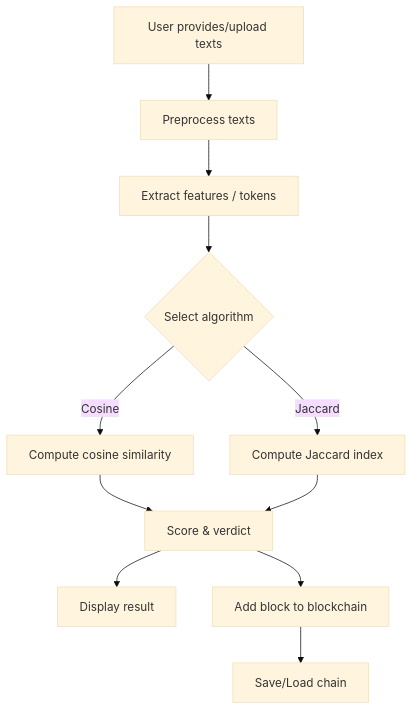
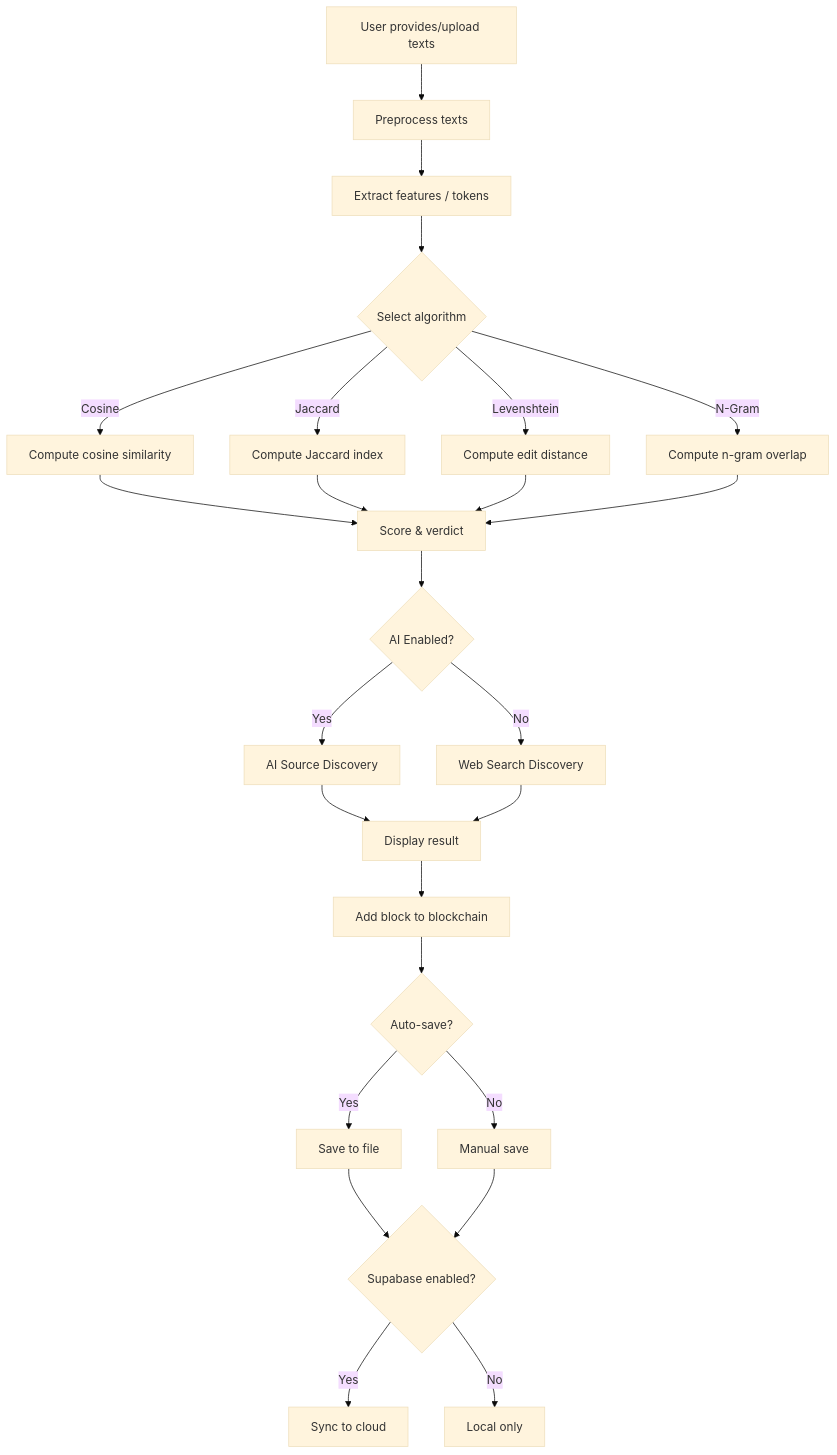
One commit to Mokshagnya-MR/Plagiarism-Project changed the second of 2 diagrams in README.md. Above: the diagram before and after it, drawn with Mermaid (base theme). The commit also changed other lines of this file and 12 other files, not shown here.

````diff
--- a/README.md
+++ b/README.md
@@ -126,13 +315,27 @@
 ```mermaid
 flowchart TD
     A[User provides/upload texts] --> B[Preprocess texts]
     B --> C[Extract features / tokens]
     C --> D{Select algorithm}
     D -->|Cosine| E[Compute cosine similarity]
     D -->|Jaccard| F[Compute Jaccard index]
-    E --> G[Score & verdict]
-    F --> G[Score & verdict]
-    G --> H[Display result]
-    G --> I[Add block to blockchain]
-    I --> J[Save/Load chain]
+    D -->|Levenshtein| G[Compute edit distance]
+    D -->|N-Gram| H[Compute n-gram overlap]
+    E --> I[Score & verdict]
+    F --> I
+    G --> I
+    H --> I
+    I --> J{AI Enabled?}
+    J -->|Yes| K[AI Source Discovery]
+    J -->|No| L[Web Search Discovery]
+    K --> M[Display result]
+    L --> M
+    M --> N[Add block to blockchain]
+    N --> O{Auto-save?}
+    O -->|Yes| P[Save to file]
+    O -->|No| Q[Manual save]
+    P --> R{Supabase enabled?}
+    Q --> R
+    R -->|Yes| S[Sync to cloud]
+    R -->|No| T[Local only]
 ```
````
